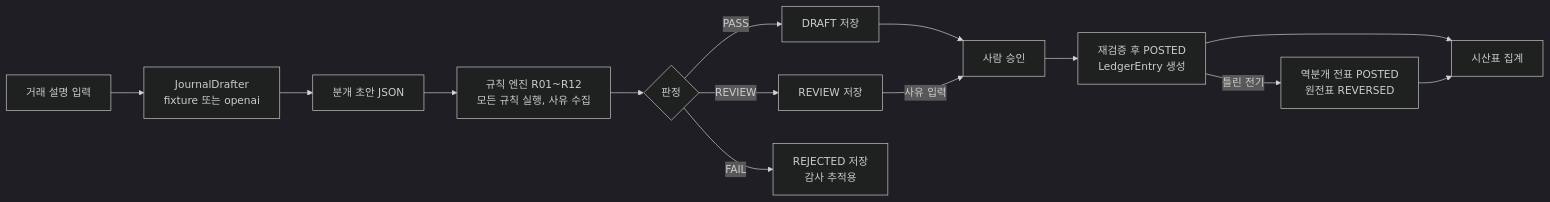
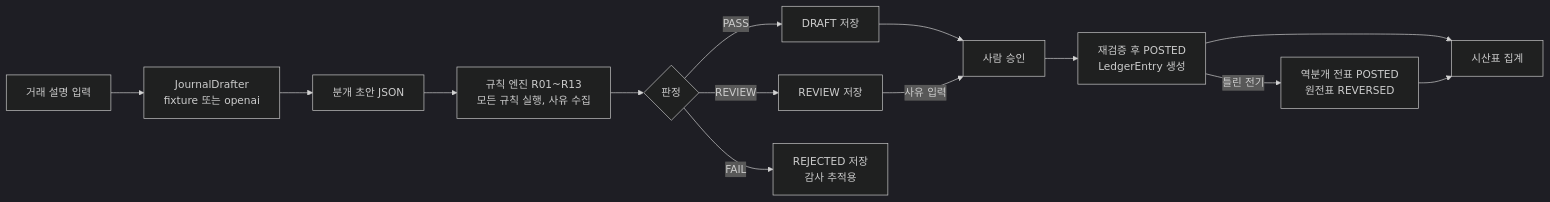
Before and after one commit to aeginventor/ledger-guard: the diagram in README.md, drawn with Mermaid (dark theme). The commit also changed other lines of this file and 14 other files, not shown here.

````diff
--- a/README.md
+++ b/README.md
@@ -15,16 +15,16 @@
 ```mermaid
 flowchart LR
     A[거래 설명 입력] --> B[JournalDrafter<br/>fixture 또는 openai]
     B --> C[분개 초안 JSON]
-    C --> D[규칙 엔진 R01~R12<br/>모든 규칙 실행, 사유 수집]
+    C --> D[규칙 엔진 R01~R13<br/>모든 규칙 실행, 사유 수집]
     D --> E{판정}
     E -->|PASS| F[DRAFT 저장]
     E -->|REVIEW| G[REVIEW 저장]
     E -->|FAIL| H[REJECTED 저장<br/>감사 추적용]
     F --> I[사람 승인]
     G -->|사유 입력| I
     I --> J[재검증 후 POSTED<br/>LedgerEntry 생성]
     J --> K[시산표 집계]
     J -->|틀린 전기| L[역분개 전표 POSTED<br/>원전표 REVERSED]
     L --> K
 ```
````
